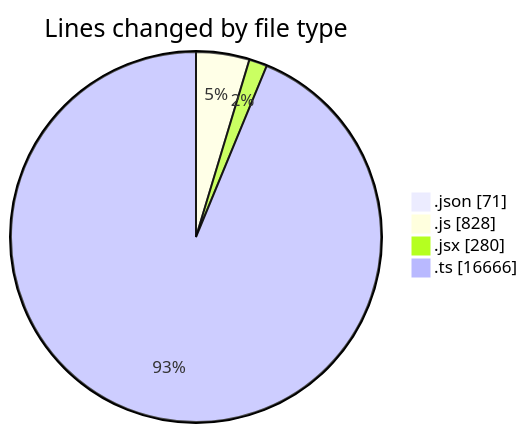
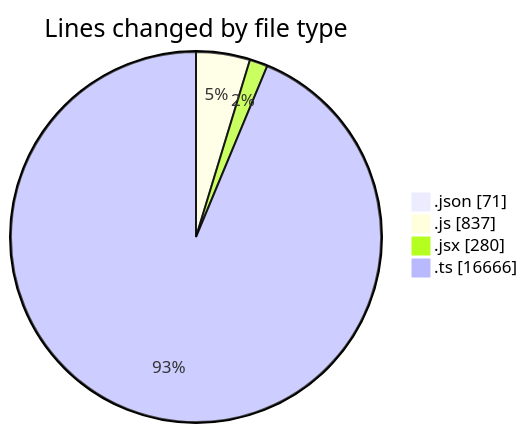
The first of 2 diagrams in 2025-05-13/cda/README.md (momahboobian/code-tracking), drawn with Mermaid before and after one commit. The commit also changed other lines of this file and 1 other file, not shown here.

````diff
--- a/2025-05-13/cda/README.md
+++ b/2025-05-13/cda/README.md
@@ -30,8 +30,8 @@
 ```mermaid
 pie showData
 title Lines changed by file type
 ".json" : 71
-".js" : 828
+".js" : 837
 ".jsx" : 280
 ".ts" : 16666
 ```
````
